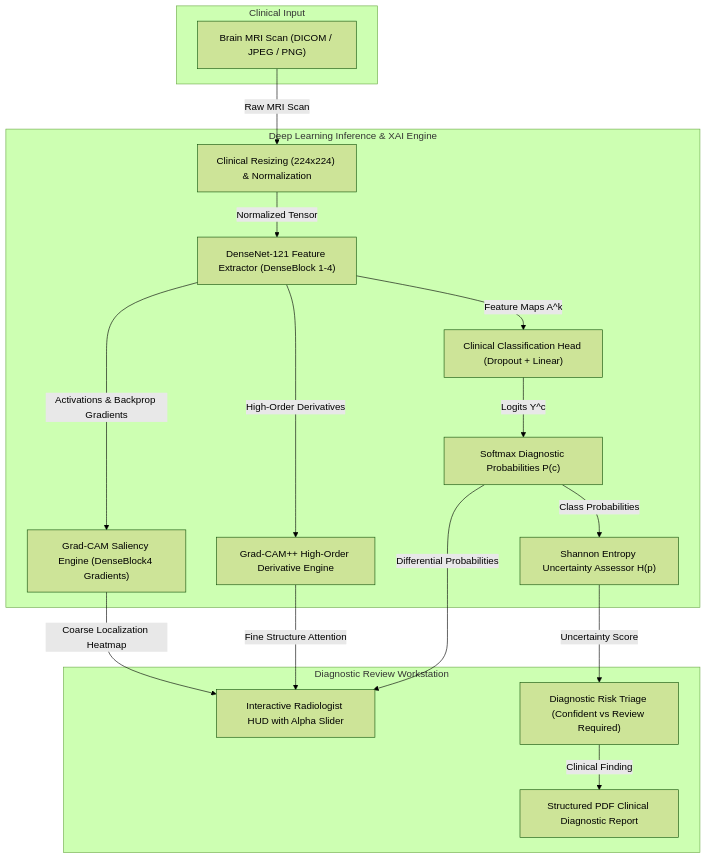
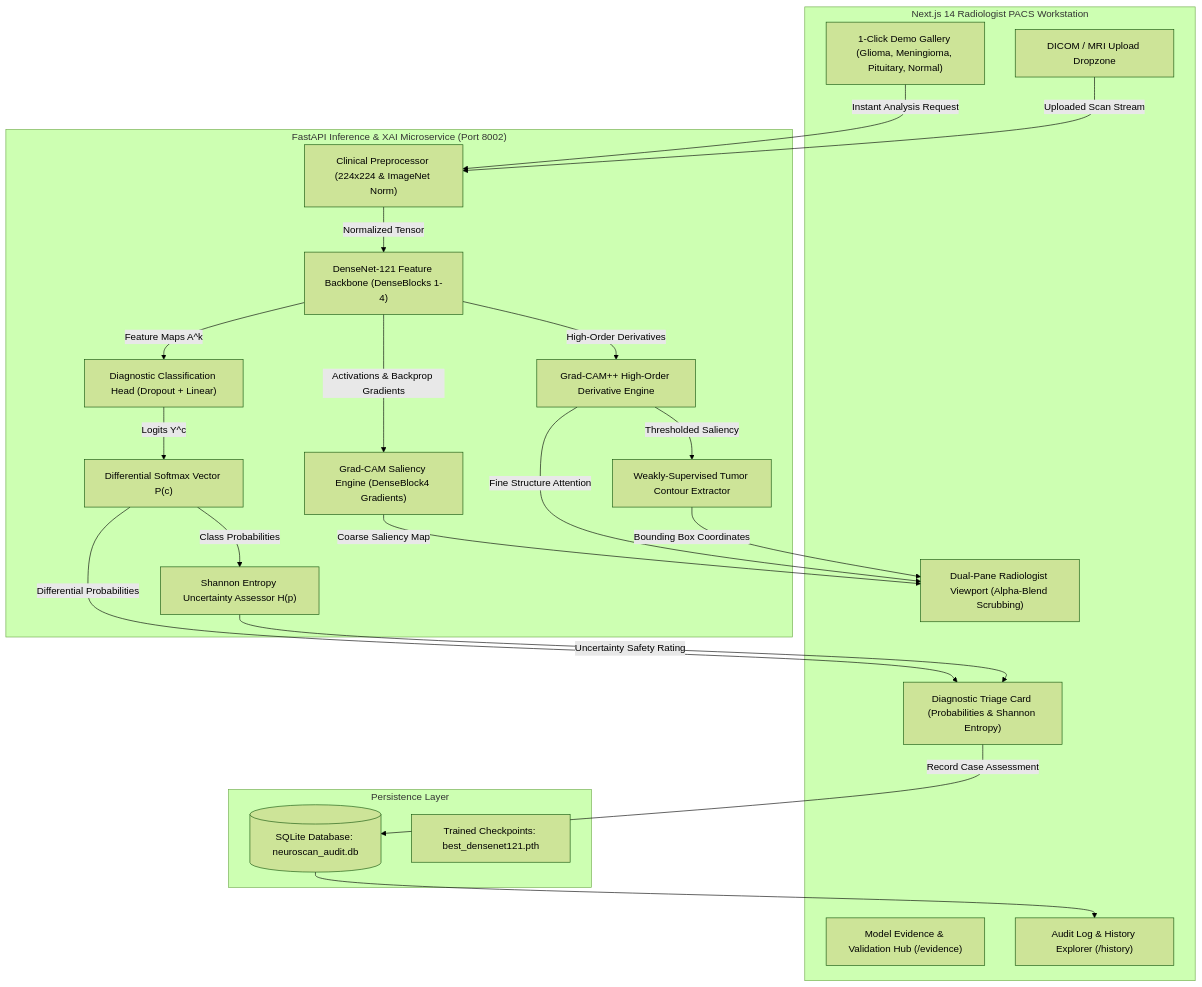
Before and after one commit to AliKhan-Devs/Deep-Learning: the diagram in 09_NeuroScan_XAI/README.md, drawn with Mermaid (forest theme). The commit also changed other lines of this file and 60 other files, not shown here.

Commit message:
feat(project-09): implement NeuroScan XAI clinical PACS workstation, FastAPI microservice, and comprehensive evaluation documentation

````diff
--- a/09_NeuroScan_XAI/README.md
+++ b/09_NeuroScan_XAI/README.md
@@ -29,35 +56,44 @@
 ```mermaid
 flowchart TD
-    subgraph Input["Clinical Input"]
-        Scan["Brain MRI Scan (DICOM / JPEG / PNG)"]
+    subgraph Client["Next.js 14 Radiologist PACS Workstation"]
+        Gallery["1-Click Demo Gallery (Glioma, Meningioma, Pituitary, Normal)"]
+        Dropzone["DICOM / MRI Upload Dropzone"]
+        Viewport["Dual-Pane Radiologist Viewport (Alpha-Blend Scrubbing)"]
+        DiagnosticHUD["Diagnostic Triage Card (Probabilities & Shannon Entropy)"]
+        EvidenceHub["Model Evidence & Validation Hub (/evidence)"]
+        AuditTrail["Audit Log & History Explorer (/history)"]
     end
 
-    subgraph Core["Deep Learning Inference & XAI Engine"]
-        Preprocess["Clinical Resizing (224x224) & Normalization"]
-        Backbone["DenseNet-121 Feature Extractor (DenseBlock 1-4)"]
-        Head["Clinical Classification Head (Dropout + Linear)"]
-        Softmax["Softmax Diagnostic Probabilities P(c)"]
+    subgraph CoreEngine["FastAPI Inference & XAI Microservice (Port 8002)"]
+        Preprocess["Clinical Preprocessor (224x224 & ImageNet Norm)"]
+        Backbone["DenseNet-121 Feature Backbone (DenseBlocks 1-4)"]
+        Classifier["Diagnostic Classification Head (Dropout + Linear)"]
+        Softmax["Differential Softmax Vector P(c)"]
         GradCAM["Grad-CAM Saliency Engine (DenseBlock4 Gradients)"]
         GradCAMPP["Grad-CAM++ High-Order Derivative Engine"]
         Entropy["Shannon Entropy Uncertainty Assessor H(p)"]
+        Contours["Weakly-Supervised Tumor Contour Extractor"]
     end
 
-    subgraph Output["Diagnostic Review Workstation"]
-        Viewer["Interactive Radiologist HUD with Alpha Slider"]
-        Triage["Diagnostic Risk Triage (Confident vs Review Required)"]
-        Report["Structured PDF Clinical Diagnostic Report"]
+    subgraph Storage["Persistence Layer"]
+        DB[("SQLite Database: neuroscan_audit.db")]
+        Artifacts["Trained Checkpoints: best_densenet121.pth"]
     end
 
-    Scan -->|"Raw MRI Scan"| Preprocess
+    Gallery -->|"Instant Analysis Request"| Preprocess
+    Dropzone -->|"Uploaded Scan Stream"| Preprocess
     Preprocess -->|"Normalized Tensor"| Backbone
-    Backbone -->|"Feature Maps A^k"| Head
-    Head -->|"Logits Y^c"| Softmax
+    Backbone -->|"Feature Maps A^k"| Classifier
+    Classifier -->|"Logits Y^c"| Softmax
     Softmax -->|"Class Probabilities"| Entropy
     Backbone -->|"Activations & Backprop Gradients"| GradCAM
     Backbone -->|"High-Order Derivatives"| GradCAMPP
-    GradCAM -->|"Coarse Localization Heatmap"| Viewer
-    GradCAMPP -->|"Fine Structure Attention"| Viewer
-    Softmax -->|"Differential Probabilities"| Viewer
-    Entropy -->|"Uncertainty Score"| Triage
-    Triage -->|"Clinical Finding"| Report
+    GradCAM -->|"Coarse Saliency Map"| Viewport
+    GradCAMPP -->|"Fine Structure Attention"| Viewport
+    GradCAMPP -->|"Thresholded Saliency"| Contours
+    Contours -->|"Bounding Box Coordinates"| Viewport
+    Softmax -->|"Differential Probabilities"| DiagnosticHUD
+    Entropy -->|"Uncertainty Safety Rating"| DiagnosticHUD
+    DiagnosticHUD -->|"Record Case Assessment"| DB
+    DB --> AuditTrail
 ```
````
